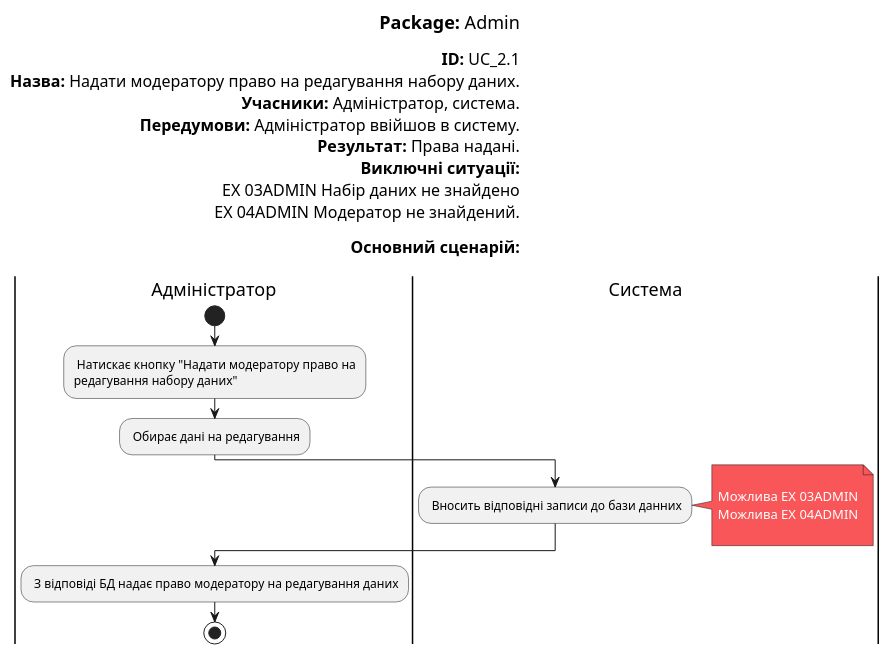
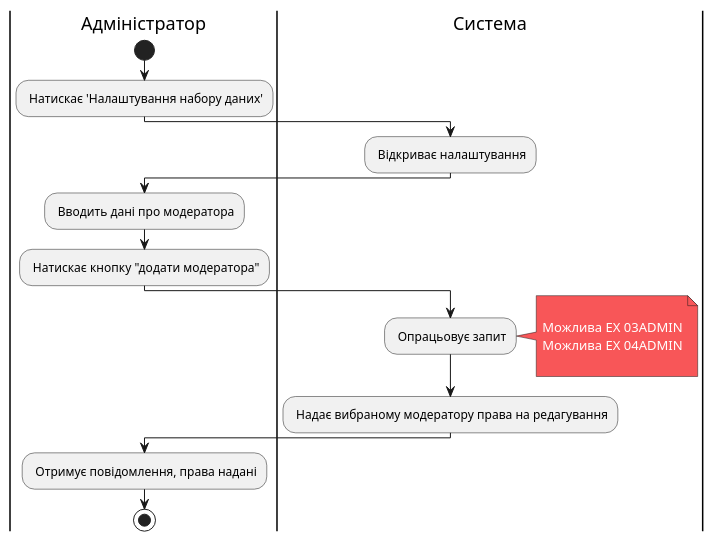
One commit to KarmazinN/db_open_data changed the diagram in src/uml/UC_2.1.puml. Above: the diagram before and after it, drawn with PlantUML.

```diff
--- a/src/uml/UC_2.1.puml
+++ b/src/uml/UC_2.1.puml
@@ -1,48 +1,39 @@
 @startuml
 skinparam ArchimateBackgroundColor #ffffff
 skinparam	shadowing false
 skinparam Note {
 	BackgroundColor #f85658
 	FontColor #ffffff
 }
 
-left header
-<font color=000 size=18><b>Package:</b> Admin
 
-<font color=000 size=16><b>ID:</b> UC_2.1
-<font color=000 size=16><b>Назва:</b> Надати модератору право на редагування набору даних.
-<font color=000 size=16><b>Учасники:</b> Адміністратор, система.
-<font color=000 size=16><b>Передумови:</b> Адміністратор ввійшов в систему.
-<font color=000 size=16><b>Результат:</b> Права надані.
-<font color=000 size=16><b>Виключні ситуації:</b>
-<font color=000 size=16> EX 03ADMIN Набір даних не знайдено 
-<font color=000 size=16> EX 04ADMIN Модератор не знайдений.
-
-<font color=000 size=16><b>Основний сценарій:</b>
-
-end header
 
 |Адміністратор|
 start
-: Натискає кнопку "Надати модератору право на\nредагування набору даних";
-: Обирає дані на редагування;
+: Натискає 'Налаштування набору даних';
 
 |Система|
+: Відкриває налаштування;
 
-: Вносить відповідні записи до бази данних;
+|Адміністратор|
+: Вводить дані про модератора;
+: Натискає кнопку "додати модератора";
 
+|Система|
+: Опрацьовує запит;
 note right
 
 	Можлива EX 03ADMIN
 	Можлива EX 04ADMIN
 
 end note
+: Надає вибраному модератору права на редагування;
 
 |Адміністратор|
 
-: З відповіді БД надає право модератору на редагування даних;
+: Отримує повідомлення, права надані;
 
 stop;
 
 
 @enduml
```
